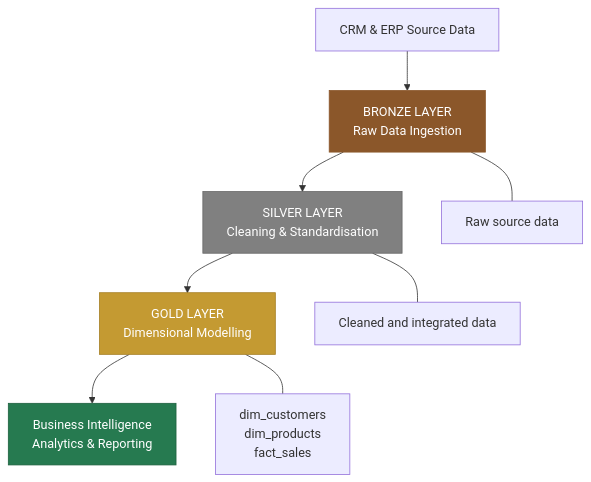
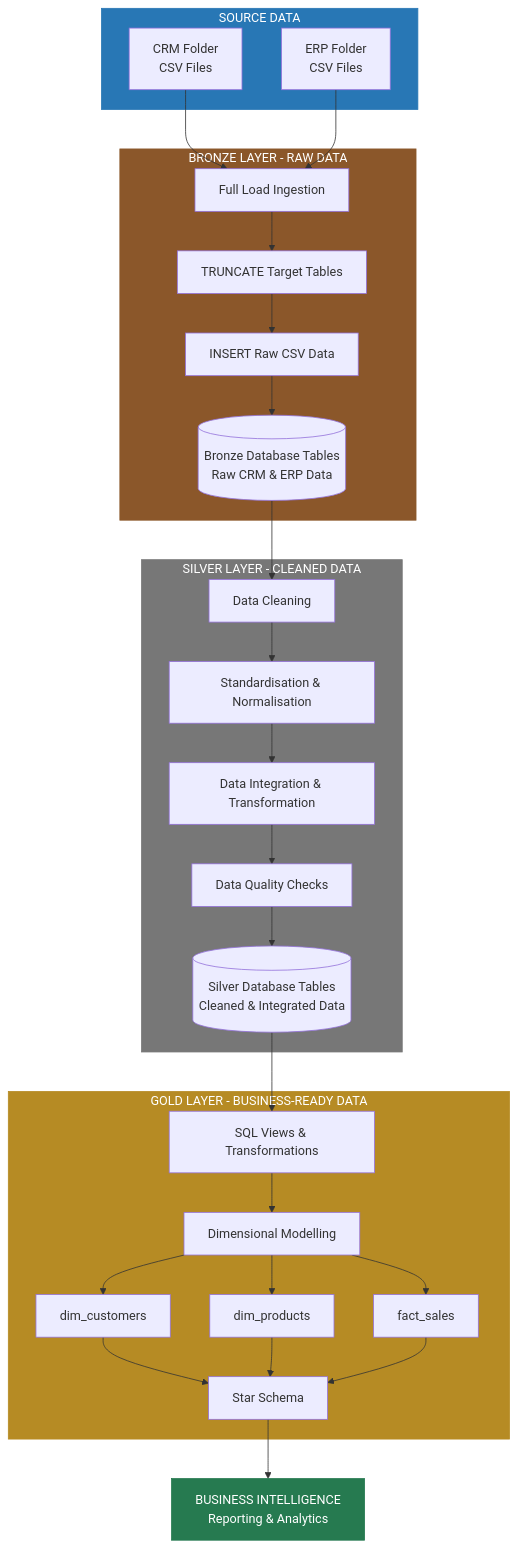
One commit to Reatile98/Data-Engineering-Data_Warehouse_project-SQL changed the diagram in README.md. Above: the diagram before and after it, drawn with Mermaid. The commit also changed other lines of this file, not shown here.

Commit message:
README.md

````diff
--- a/README.md
+++ b/README.md
@@ -15,16 +15,58 @@
 ```mermaid
 flowchart TD
-    A["CRM & ERP Source Data"] --> B["BRONZE LAYER<br/>Raw Data Ingestion"]
-    B --> C["SILVER LAYER<br/>Cleaning & Standardisation"]
-    C --> D["GOLD LAYER<br/>Dimensional Modelling"]
-    D --> E["Business Intelligence<br/>Analytics & Reporting"]
 
-    B --- B1["Raw source data"]
-    C --- C1["Cleaned and integrated data"]
-    D --- D1["dim_customers<br/>dim_products<br/>fact_sales"]
+    subgraph SOURCE["SOURCE DATA"]
+        CRM["CRM Folder<br/>CSV Files"]
+        ERP["ERP Folder<br/>CSV Files"]
+    end
 
-    style B fill:#8B572A,color:#fff,stroke:#8B572A
-    style C fill:#808080,color:#fff,stroke:#666
-    style D fill:#C49A32,color:#fff,stroke:#A47D20
-    style E fill:#267A50,color:#fff,stroke:#1D603E
+    subgraph BRONZE["BRONZE LAYER - RAW DATA"]
+        B1["Full Load Ingestion"]
+        B2["TRUNCATE Target Tables"]
+        B3["INSERT Raw CSV Data"]
+        B4[("Bronze Database Tables<br/>Raw CRM & ERP Data")]
+
+        B1 --> B2 --> B3 --> B4
+    end
+
+    subgraph SILVER["SILVER LAYER - CLEANED DATA"]
+        S1["Data Cleaning"]
+        S2["Standardisation & Normalisation"]
+        S3["Data Integration & Transformation"]
+        S4["Data Quality Checks"]
+        S5[("Silver Database Tables<br/>Cleaned & Integrated Data")]
+
+        S1 --> S2 --> S3 --> S4 --> S5
+    end
+
+    subgraph GOLD["GOLD LAYER - BUSINESS-READY DATA"]
+        G1["SQL Views & Transformations"]
+        G2["Dimensional Modelling"]
+        G3["dim_customers"]
+        G4["dim_products"]
+        G5["fact_sales"]
+        G6["Star Schema"]
+
+        G1 --> G2
+        G2 --> G3
+        G2 --> G4
+        G2 --> G5
+        G3 --> G6
+        G4 --> G6
+        G5 --> G6
+    end
+
+    BI["BUSINESS INTELLIGENCE<br/>Reporting & Analytics"]
+
+    CRM --> B1
+    ERP --> B1
+    B4 --> S1
+    S5 --> G1
+    G6 --> BI
+
+    style SOURCE fill:#2877B5,color:#fff,stroke:#2877B5
+    style BRONZE fill:#8B572A,color:#fff,stroke:#8B572A
+    style SILVER fill:#777777,color:#fff,stroke:#777777
+    style GOLD fill:#B68B24,color:#fff,stroke:#B68B24
+    style BI fill:#267A50,color:#fff,stroke:#267A50
 ```
````
